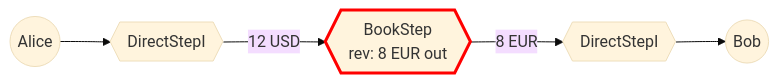
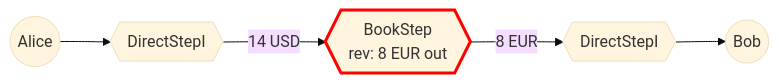
The eighth of 12 diagrams in docs/flow/README.md (XRPLF/dex-docs), drawn with Mermaid (base theme) before and after one commit. The commit also changed other lines of this file and 15 other files, not shown here.

````diff
--- a/docs/flow/README.md
+++ b/docs/flow/README.md
@@ -1490,11 +1514,11 @@
 ```mermaid
 flowchart LR
     alice((Alice))
     aliceToIssuer{{DirectStepI}}
     issuerToOfferToIssuer{{BookStep<br>rev: 8 EUR out}}
     issuerToBob{{DirectStepI}}
     bob((Bob))
-    alice --> aliceToIssuer -- 12 USD --> issuerToOfferToIssuer -- 8 EUR --> issuerToBob --> bob
+    alice --> aliceToIssuer -- 14 USD --> issuerToOfferToIssuer -- 8 EUR --> issuerToBob --> bob
     
     style issuerToOfferToIssuer stroke:red,stroke-width:3px
 ```
````
